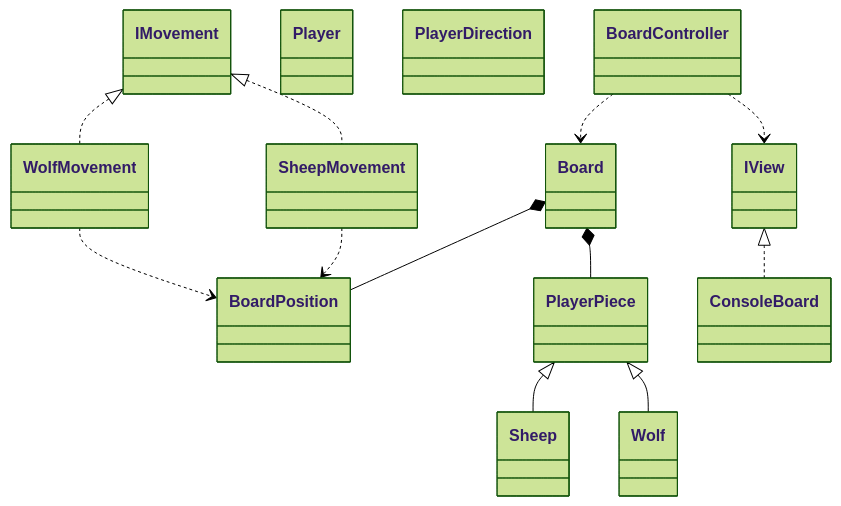
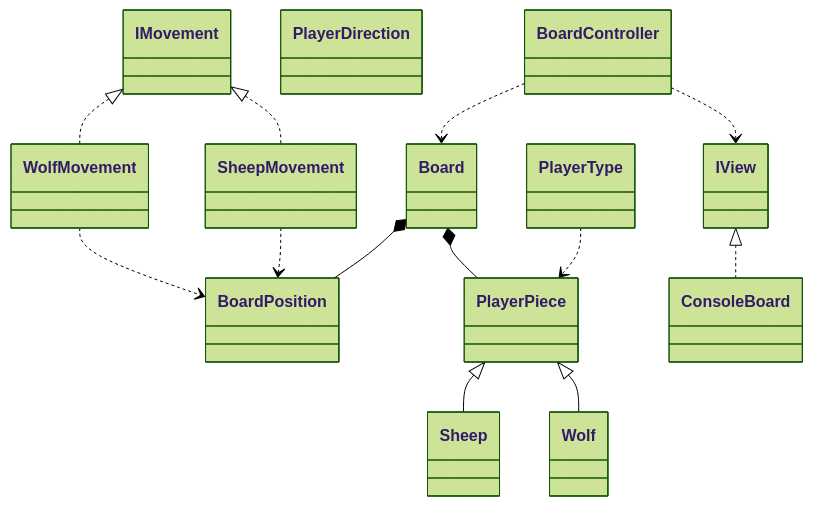
One commit to RicardoMota22/ProjDeRecurso changed the diagram in README.md. Above: the diagram before and after it, drawn with Mermaid (forest theme). The commit also changed 1 other file, not shown here.

Commit message:
add check if mermaid example of actual project works.pt7

````diff
--- a/README.md
+++ b/README.md
@@ -41,68 +41,69 @@
 ```mermaid
 classDiagram
     class Board {
         
     }
 
     class BoardPosition {
         
     }
     class IMovement {
         
     }
-    class Player {
+    class PlayerType {
         
     }
 
     class PlayerDirection {
         
     }
 
     class PlayerPiece {
         
     }
 
     class Sheep {
         
     }
 
     class SheepMovement {
         
     }
     class Wolf {
         
     }
     class WolfMovement {
         
     }
 
     class ConsoleBoard {
         
     }
     class IView {
         
     }
     class BoardController {
         
     }
 
     PlayerPiece <|-- Sheep
     PlayerPiece <|-- Wolf
 
     IMovement <|.. SheepMovement
     IMovement <|.. WolfMovement
 
     IView <|.. ConsoleBoard
 
     WolfMovement ..> BoardPosition
     SheepMovement ..> BoardPosition
 
     BoardController ..> IView
     BoardController ..> Board
 
     Board *-- PlayerPiece
     Board *-- BoardPosition
+    PlayerType ..> PlayerPiece
 
 
 
 ```
````
